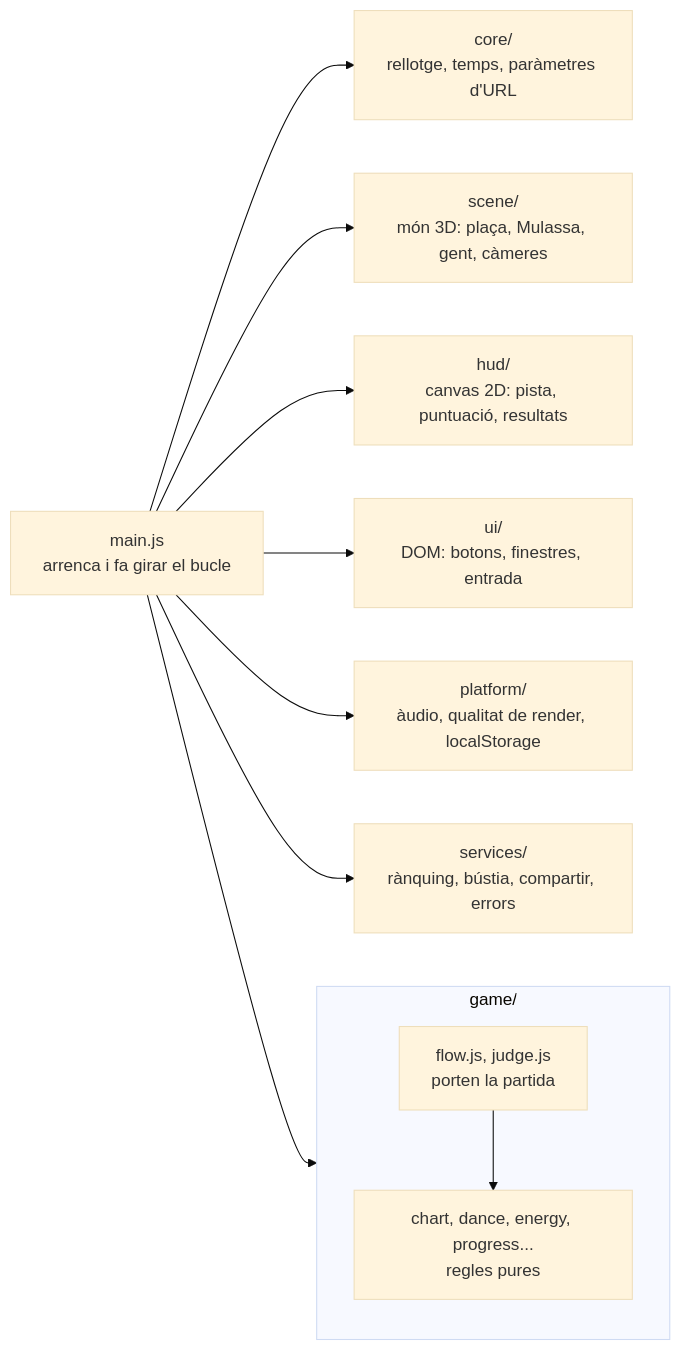
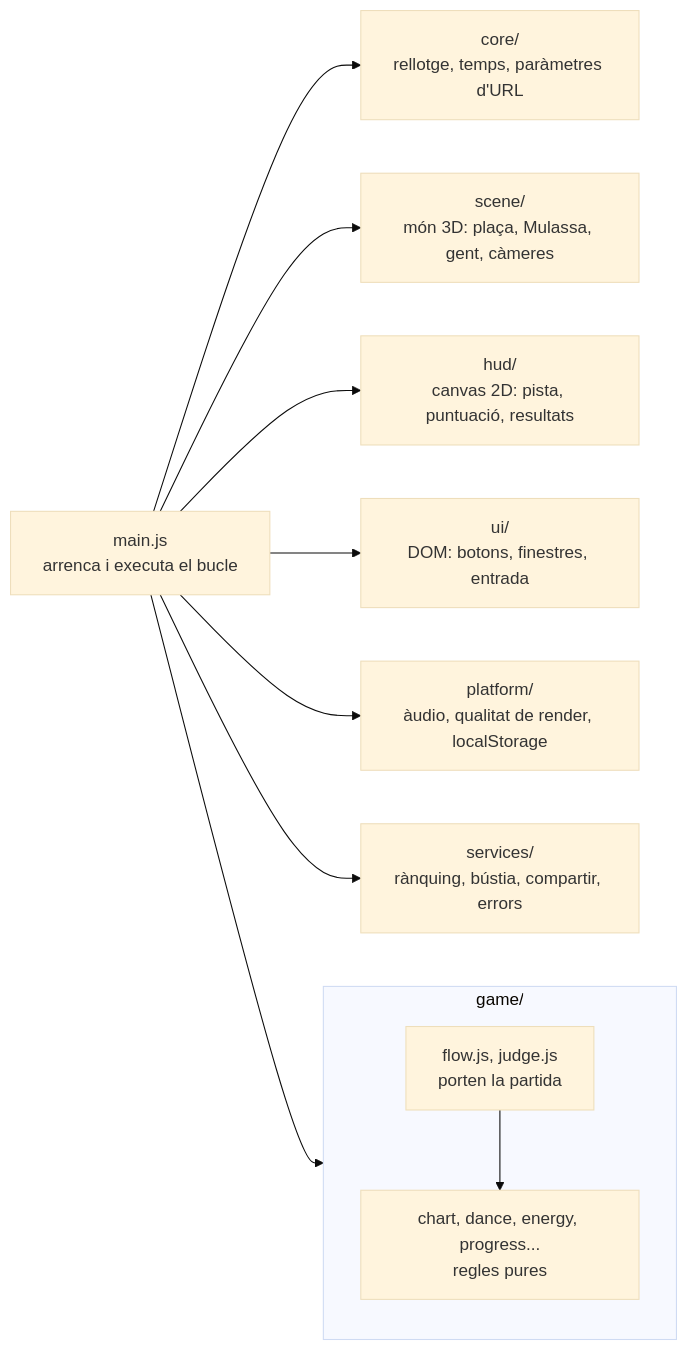
The first of 2 diagrams in README.md (mguellsegarra/mulassa-tap-tap-dance), drawn with Mermaid (base theme) before and after one commit. The commit also changed other lines of this file, not shown here.

````diff
--- a/README.md
+++ b/README.md
@@ -76,16 +76,16 @@
 ```mermaid
 flowchart LR
-    main["main.js<br/>arrenca i fa girar el bucle"]
+    main["main.js<br/>arrenca i executa el bucle"]
     core["core/<br/>rellotge, temps, paràmetres d'URL"]
     scene["scene/<br/>món 3D: plaça, Mulassa, gent, càmeres"]
     hud["hud/<br/>canvas 2D: pista, puntuació, resultats"]
     ui["ui/<br/>DOM: botons, finestres, entrada"]
     platform["platform/<br/>àudio, qualitat de render, localStorage"]
     services["services/<br/>rànquing, bústia, compartir, errors"]
     subgraph game["game/"]
         flow["flow.js, judge.js<br/>porten la partida"]
         rules["chart, dance, energy, progress...<br/>regles pures"]
         flow --> rules
     end
     main --> core & game & scene & hud & ui & platform & services
 ```
````
